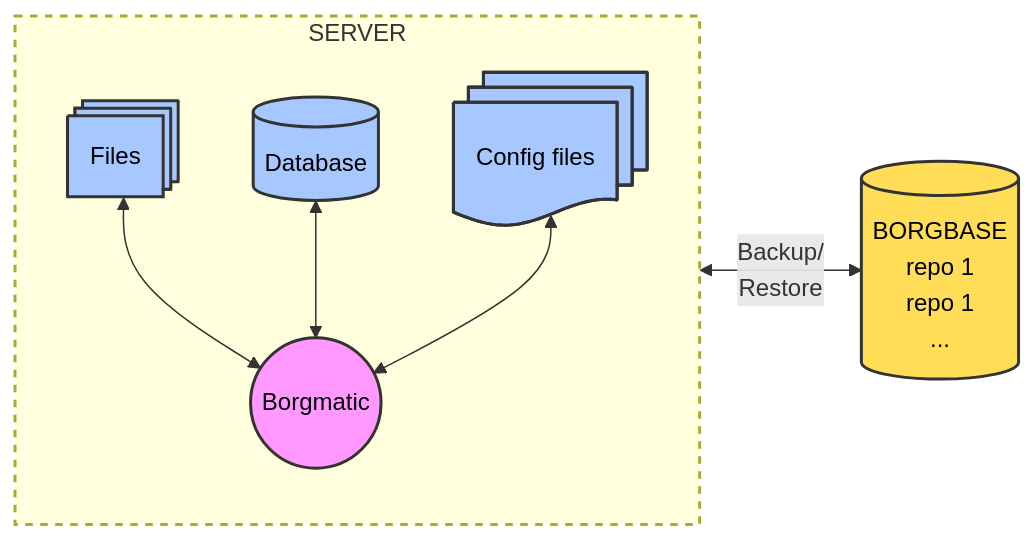
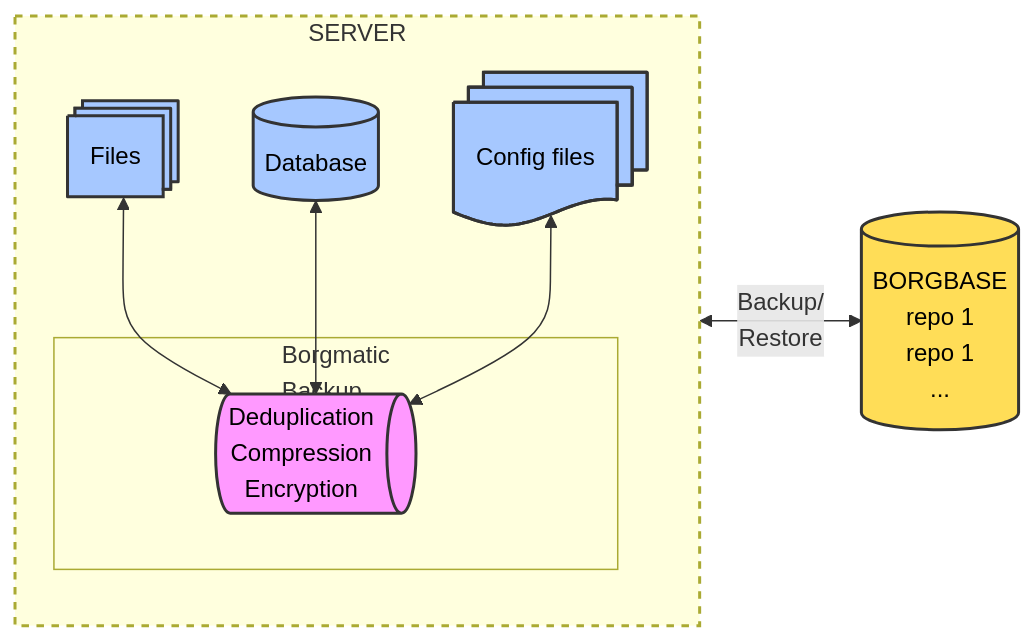
One commit to dinhngocdung/easyengine-notes changed the diagram in content/notes/borgmatic.md. Above: the diagram before and after it, drawn with Mermaid.

Commit message:
update graph borg

````diff
--- a/content/notes/borgmatic.md
+++ b/content/notes/borgmatic.md
@@ -13,35 +13,42 @@
 ```mermaid
 graph LR
 
 	subgraph SERVER
-		BM((Borgmatic))
+		
+		subgraph "Borgmatic
+							Backup"
+		BM
+		end
 		direction TB
 		F@{ shape: processes, label: "Files" }
 		D[(Database)]
 		C@{ shape: docs, label: "Config files" }
 	end
-	
+	BM@{ shape: das, label: "Deduplication
+													Compression
+													Encryption" }
 	BB[("BORGBASE
 	repo 1
 	repo 1
 	...")]
 	BM<-->|"Backup/
 					Restore"|BB
 	F <-->BM
 	D <-->BM
 	C <-->BM
 
 	%% Style theo nhóm
     style BM fill:#f9f,stroke:#333,stroke-width:2px,color:#000
     %% Borgmatic (Xanh nhạt, nét đứt)
     style BB fill:#FFDD57,stroke:#333,stroke-width:2px,color:#000  
     %% BORGBASE (Vàng)
     style F fill:#A6C8FF,stroke:#333,stroke-width:2px,color:#000  
     %% Files (Xanh nhạt)
     style D fill:#A6C8FF,stroke:#333,stroke-width:2px,color:#000  
     %% Database (Vàng)
     style C fill:#A6C8FF,stroke:#333,stroke-width:2px,color:#000  
     %% Config files (Xanh nhạt)
     style SERVER stroke-width:2px,stroke-dasharray: 5 5
 
+
 ```
````
